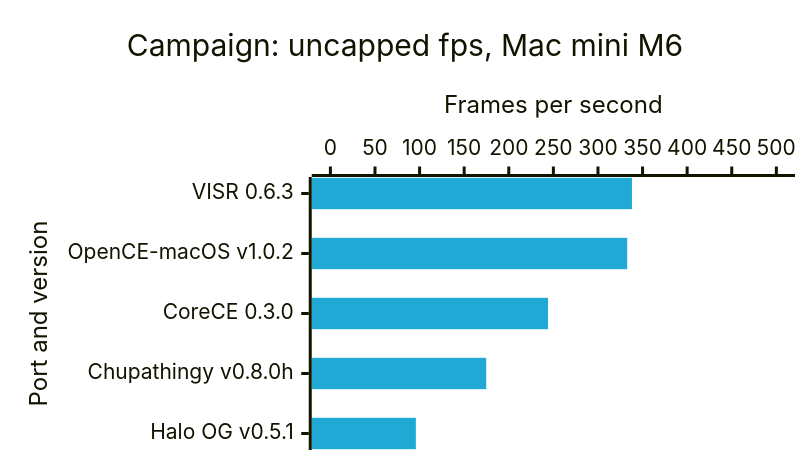
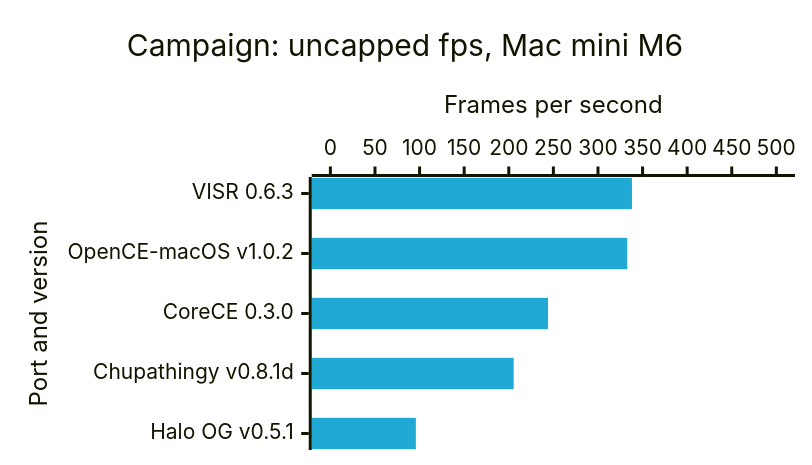
The second of 8 diagrams in docs/benchmarks.md (VISR-CE/visr), drawn with Mermaid before and after one commit. The commit also changed other lines of this file and 3 other files, not shown here.

````diff
--- a/docs/benchmarks.md
+++ b/docs/benchmarks.md
@@ -49,16 +49,16 @@
 ```mermaid
 ---
 config:
   xyChart:
     width: 520
     height: 290
   themeVariables:
     xyChart:
       plotColorPalette: "#1fa9d4, #ffc24d"
 ---
 xychart-beta horizontal
     title "Campaign: uncapped fps, Mac mini M6"
-    x-axis "Port and version" ["VISR 0.6.3", "OpenCE-macOS v1.0.2", "CoreCE 0.3.0", "Chupathingy v0.8.0h", "Halo OG v0.5.1"]
+    x-axis "Port and version" ["VISR 0.6.3", "OpenCE-macOS v1.0.2", "CoreCE 0.3.0", "Chupathingy v0.8.1d", "Halo OG v0.5.1"]
     y-axis "Frames per second" 0 --> 500
-    bar [338.1, 332.8, 244, 174.7, 95.8]
+    bar [338.1, 332.8, 244, 205.5, 95.8]
 ```
````
